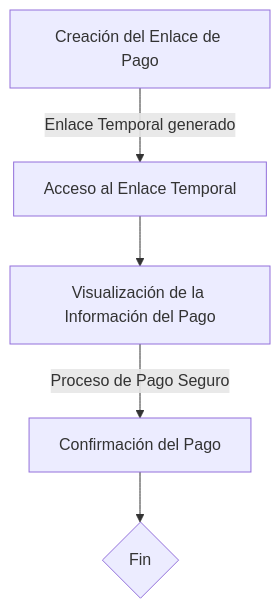
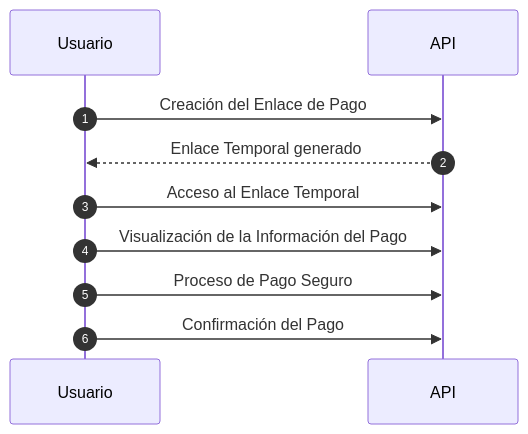
Before and after one commit to AndresZea2003/stoplight-payment-links-docs: the first of 2 diagrams in docs/Introduccion.md, drawn with Mermaid. The commit also changed other lines of this file, not shown here.

````diff
--- a/docs/Introduccion.md
+++ b/docs/Introduccion.md
@@ -20,7 +22,10 @@
 ```mermaid
-flowchart TD
-    A[Creación del Enlace de Pago] -->|Enlace Temporal generado| B[Acceso al Enlace Temporal]
-    B --> C[Visualización de la Información del Pago]
-    C -->|Proceso de Pago Seguro| D[Confirmación del Pago]
-    D --> E{Fin}
+sequenceDiagram
+    autonumber
+    Usuario->>API: Creación del Enlace de Pago
+    API-->>Usuario: Enlace Temporal generado
+    Usuario->>API: Acceso al Enlace Temporal
+    Usuario->>API: Visualización de la Información del Pago
+    Usuario->>API: Proceso de Pago Seguro
+    Usuario->>API: Confirmación del Pago
 ```
````
